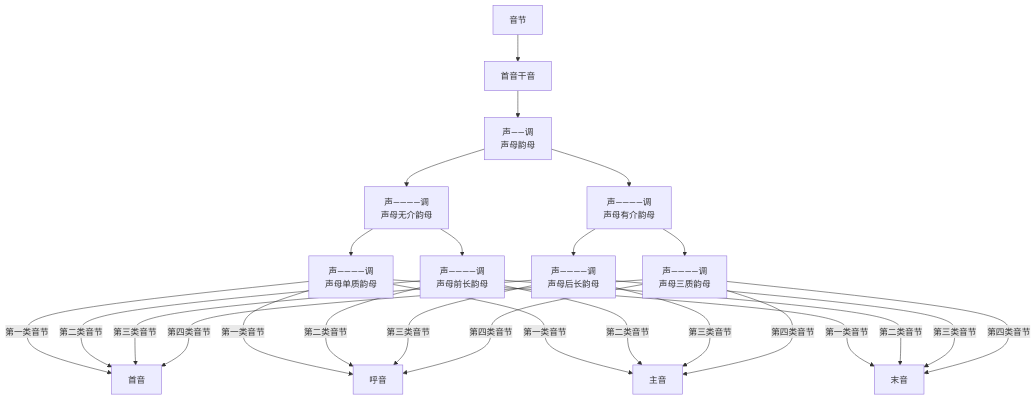
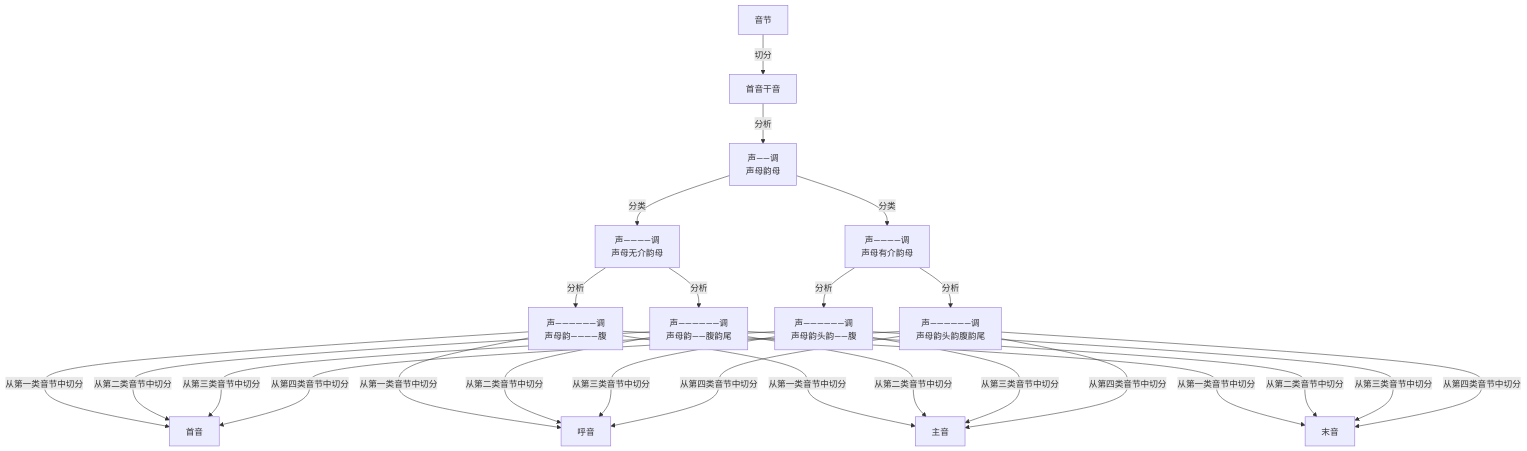
Before and after one commit to tsaanghwang/Yime-prototype: the diagram in YIME_Theory/flowchart/析音法演变历程.mmd, drawn with Mermaid. The commit also changed 11 other files, not shown here.

```diff
--- a/YIME_Theory/flowchart/析音法演变历程.mmd
+++ b/YIME_Theory/flowchart/析音法演变历程.mmd
@@ -1,30 +1,31 @@
 graph TB
-    A[音节] --> B[首音干音]
-    B --> C[声——调<br>声母韵母]
-    C --> E[声————调<br>声母无介韵母]
-    C --> F[声————调<br>声母有介韵母]
+    A[音节] --> |切分|B[首音干音]
+    B --> |分析|C[声——调<br>声母韵母]
 
-    E --> G[声————调<br>声母单质韵母]
-    E --> H[声————调<br>声母前长韵母]
-    F --> I[声————调<br>声母后长韵母]
-    F --> J[声————调<br>声母三质韵母]
+    C --> |分类|E[声————调<br>声母无介韵母]
+    C --> |分类|F[声————调<br>声母有介韵母]
 
-    G ---> |第一类音节|G1[首音]
-    H ---> |第二类音节|G1[首音]
-    I ---> |第三类音节|G1[首音]
-    J ---> |第四类音节|G1[首音]
+    E -->  |分析|G[声——————调<br>声母韵————腹]
+    E -->  |分析|H[声——————调<br>声母韵——腹韵尾]
+    F -->  |分析|I[声——————调<br>声母韵头韵——腹]
+    F -->  |分析|J[声——————调<br>声母韵头韵腹韵尾]
 
-    G ---> |第一类音节|G2[呼音]
-    H ---> |第二类音节|G2[呼音]
-    I ---> |第三类音节|G2[呼音]
-    J ---> |第四类音节|G2[呼音]
+    G ---> |从第一类音节中切分|G1[首音]
+    H ---> |从第二类音节中切分|G1[首音]
+    I ---> |从第三类音节中切分|G1[首音]
+    J ---> |从第四类音节中切分|G1[首音]
 
-    G ---> |第一类音节|G3[主音]
-    H ---> |第二类音节|G3[主音]
-    I ---> |第三类音节|G3[主音]
-    J ---> |第四类音节|G3[主音]
+    G ---> |从第一类音节中切分|G2[呼音]
+    H ---> |从第二类音节中切分|G2[呼音]
+    I ---> |从第三类音节中切分|G2[呼音]
+    J ---> |从第四类音节中切分|G2[呼音]
 
-    G ---> |第一类音节|G4[末音]
-    H ---> |第二类音节|G4[末音]
-    I ---> |第三类音节|G4[末音]
-    J ---> |第四类音节|G4[末音]
+    G ---> |从第一类音节中切分|G3[主音]
+    H ---> |从第二类音节中切分|G3[主音]
+    I ---> |从第三类音节中切分|G3[主音]
+    J ---> |从第四类音节中切分|G3[主音]
+
+    G ---> |从第一类音节中切分|G4[末音]
+    H ---> |从第二类音节中切分|G4[末音]
+    I ---> |从第三类音节中切分|G4[末音]
+    J ---> |从第四类音节中切分|G4[末音]
```
